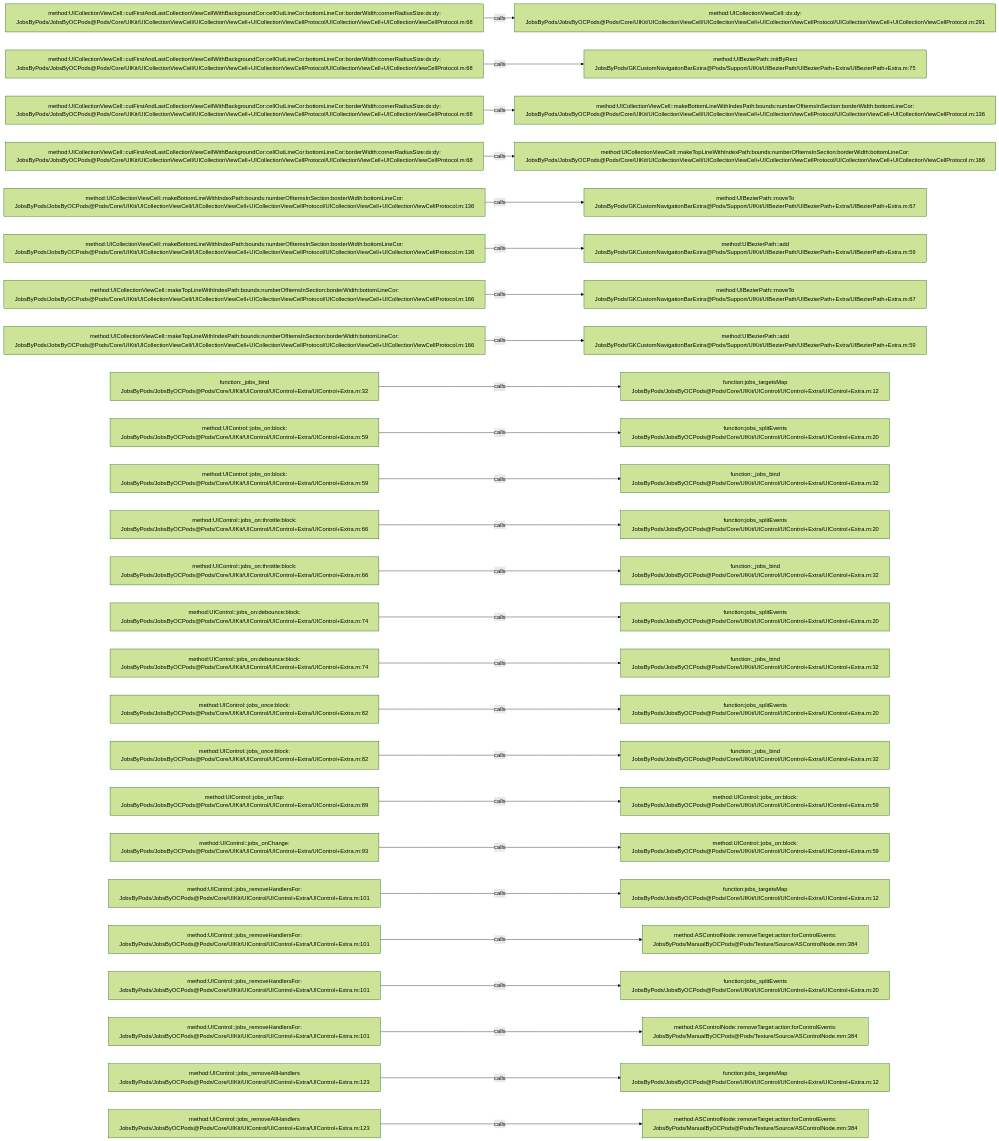
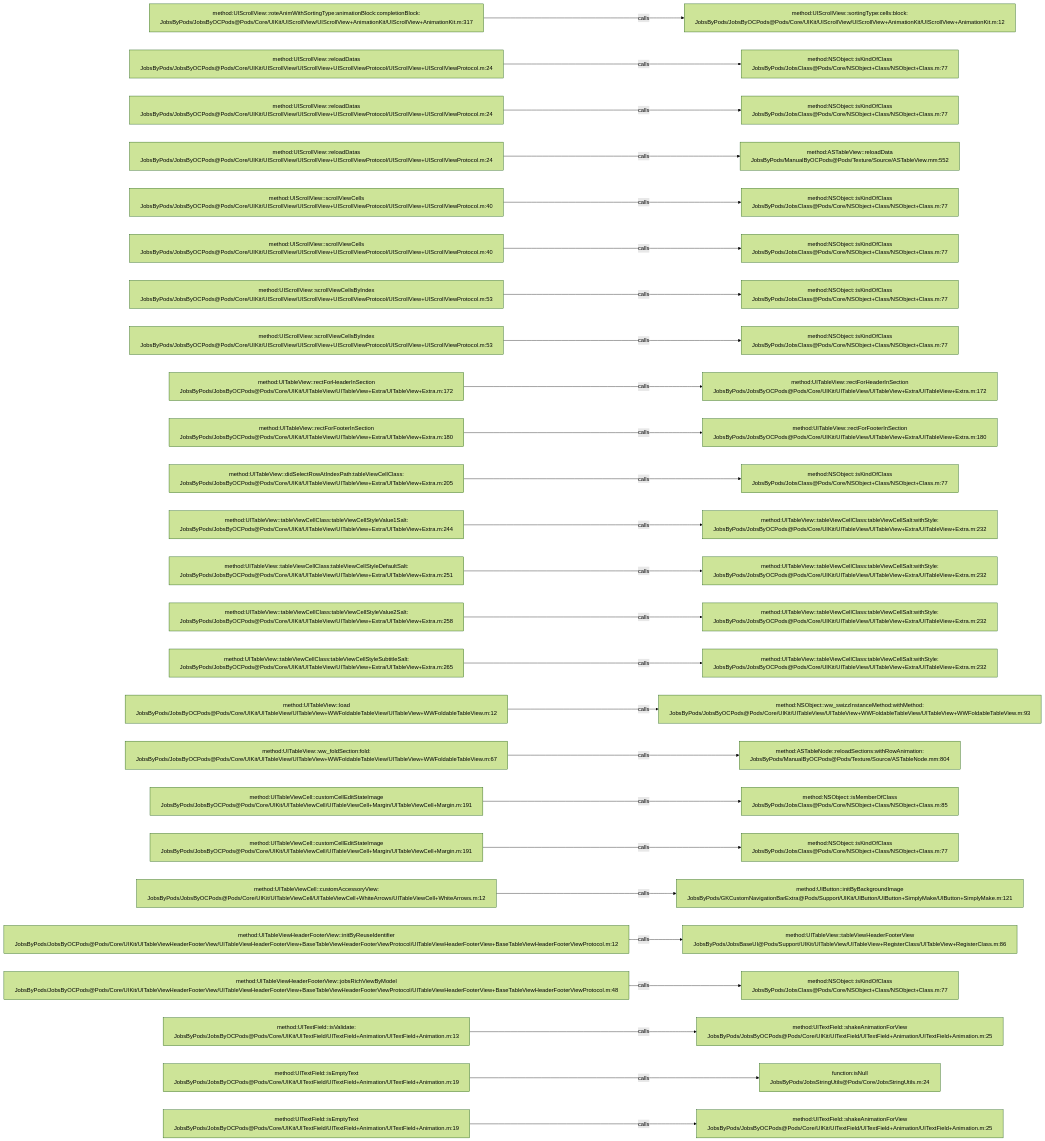
One commit to JobsKits/JobsOCBaseConfigDemo changed the diagram in .codegraph/codegraph.md/graphs/calls-060.md. Above: the diagram before and after it, drawn with Mermaid (forest theme). The commit also changed 639 other files, not shown here.

````diff
--- a/.codegraph/codegraph.md/graphs/calls-060.md
+++ b/.codegraph/codegraph.md/graphs/calls-060.md
@@ -13,78 +13,78 @@
 ```mermaid
 flowchart LR
-  S1["method:UICollectionViewCell::cutFirstAndLastCollectionViewCellWithBackgroundCor:cellOutLineCor:bottomLineCor:borderWidth:cornerRadiusSize:dx:dy:<br/>JobsByPods/JobsByOCPods@Pods/Core/UIKit/UICollectionViewCell/UICollectionViewCell+UICollectionViewCellProtocol/UICollectionViewCell+UICollectionViewCellProtocol.m:68"]
-  T1["method:UICollectionViewCell::dx:dy:<br/>JobsByPods/JobsByOCPods@Pods/Core/UIKit/UICollectionViewCell/UICollectionViewCell+UICollectionViewCellProtocol/UICollectionViewCell+UICollectionViewCellProtocol.m:291"]
+  S1["method:UIScrollView::roteAnimWithSortingType:animationBlock:completionBlock:<br/>JobsByPods/JobsByOCPods@Pods/Core/UIKit/UIScrollView/UIScrollView+AnimationKit/UIScrollView+AnimationKit.m:317"]
+  T1["method:UIScrollView::sortingType:cells:block:<br/>JobsByPods/JobsByOCPods@Pods/Core/UIKit/UIScrollView/UIScrollView+AnimationKit/UIScrollView+AnimationKit.m:12"]
   S1 -->|calls| T1
-  S2["method:UICollectionViewCell::cutFirstAndLastCollectionViewCellWithBackgroundCor:cellOutLineCor:bottomLineCor:borderWidth:cornerRadiusSize:dx:dy:<br/>JobsByPods/JobsByOCPods@Pods/Core/UIKit/UICollectionViewCell/UICollectionViewCell+UICollectionViewCellProtocol/UICollectionViewCell+UICollectionViewCellProtocol.m:68"]
-  T2["method:UIBezierPath::initByRect<br/>JobsByPods/GKCustomNavigationBarExtra@Pods/Support/UIKit/UIBezierPath/UIBezierPath+Extra/UIBezierPath+Extra.m:75"]
+  S2["method:UIScrollView::reloadDatas<br/>JobsByPods/JobsByOCPods@Pods/Core/UIKit/UIScrollView/UIScrollView+UIScrollViewProtocol/UIScrollView+UIScrollViewProtocol.m:24"]
+  T2["method:NSObject::isKindOfClass<br/>JobsByPods/JobsClass@Pods/Core/NSObject+Class/NSObject+Class.m:77"]
   S2 -->|calls| T2
-  S3["method:UICollectionViewCell::cutFirstAndLastCollectionViewCellWithBackgroundCor:cellOutLineCor:bottomLineCor:borderWidth:cornerRadiusSize:dx:dy:<br/>JobsByPods/JobsByOCPods@Pods/Core/UIKit/UICollectionViewCell/UICollectionViewCell+UICollectionViewCellProtocol/UICollectionViewCell+UICollectionViewCellProtocol.m:68"]
-  T3["method:UICollectionViewCell::makeBottomLineWithIndexPath:bounds:numberOfItemsInSection:borderWidth:bottomLineCor:<br/>JobsByPods/JobsByOCPods@Pods/Core/UIKit/UICollectionViewCell/UICollectionViewCell+UICollectionViewCellProtocol/UICollectionViewCell+UICollectionViewCellProtocol.m:136"]
+  S3["method:UIScrollView::reloadDatas<br/>JobsByPods/JobsByOCPods@Pods/Core/UIKit/UIScrollView/UIScrollView+UIScrollViewProtocol/UIScrollView+UIScrollViewProtocol.m:24"]
+  T3["method:NSObject::isKindOfClass<br/>JobsByPods/JobsClass@Pods/Core/NSObject+Class/NSObject+Class.m:77"]
   S3 -->|calls| T3
-  S4["method:UICollectionViewCell::cutFirstAndLastCollectionViewCellWithBackgroundCor:cellOutLineCor:bottomLineCor:borderWidth:cornerRadiusSize:dx:dy:<br/>JobsByPods/JobsByOCPods@Pods/Core/UIKit/UICollectionViewCell/UICollectionViewCell+UICollectionViewCellProtocol/UICollectionViewCell+UICollectionViewCellProtocol.m:68"]
-  T4["method:UICollectionViewCell::makeTopLineWithIndexPath:bounds:numberOfItemsInSection:borderWidth:bottomLineCor:<br/>JobsByPods/JobsByOCPods@Pods/Core/UIKit/UICollectionViewCell/UICollectionViewCell+UICollectionViewCellProtocol/UICollectionViewCell+UICollectionViewCellProtocol.m:166"]
+  S4["method:UIScrollView::reloadDatas<br/>JobsByPods/JobsByOCPods@Pods/Core/UIKit/UIScrollView/UIScrollView+UIScrollViewProtocol/UIScrollView+UIScrollViewProtocol.m:24"]
+  T4["method:ASTableView::reloadData<br/>JobsByPods/ManualByOCPods@Pods/Texture/Source/ASTableView.mm:552"]
   S4 -->|calls| T4
-  S5["method:UICollectionViewCell::makeBottomLineWithIndexPath:bounds:numberOfItemsInSection:borderWidth:bottomLineCor:<br/>JobsByPods/JobsByOCPods@Pods/Core/UIKit/UICollectionViewCell/UICollectionViewCell+UICollectionViewCellProtocol/UICollectionViewCell+UICollectionViewCellProtocol.m:136"]
-  T5["method:UIBezierPath::moveTo<br/>JobsByPods/GKCustomNavigationBarExtra@Pods/Support/UIKit/UIBezierPath/UIBezierPath+Extra/UIBezierPath+Extra.m:67"]
+  S5["method:UIScrollView::scrollViewCells<br/>JobsByPods/JobsByOCPods@Pods/Core/UIKit/UIScrollView/UIScrollView+UIScrollViewProtocol/UIScrollView+UIScrollViewProtocol.m:40"]
+  T5["method:NSObject::isKindOfClass<br/>JobsByPods/JobsClass@Pods/Core/NSObject+Class/NSObject+Class.m:77"]
   S5 -->|calls| T5
-  S6["method:UICollectionViewCell::makeBottomLineWithIndexPath:bounds:numberOfItemsInSection:borderWidth:bottomLineCor:<br/>JobsByPods/JobsByOCPods@Pods/Core/UIKit/UICollectionViewCell/UICollectionViewCell+UICollectionViewCellProtocol/UICollectionViewCell+UICollectionViewCellProtocol.m:136"]
-  T6["method:UIBezierPath::add<br/>JobsByPods/GKCustomNavigationBarExtra@Pods/Support/UIKit/UIBezierPath/UIBezierPath+Extra/UIBezierPath+Extra.m:59"]
+  S6["method:UIScrollView::scrollViewCells<br/>JobsByPods/JobsByOCPods@Pods/Core/UIKit/UIScrollView/UIScrollView+UIScrollViewProtocol/UIScrollView+UIScrollViewProtocol.m:40"]
+  T6["method:NSObject::isKindOfClass<br/>JobsByPods/JobsClass@Pods/Core/NSObject+Class/NSObject+Class.m:77"]
   S6 -->|calls| T6
-  S7["method:UICollectionViewCell::makeTopLineWithIndexPath:bounds:numberOfItemsInSection:borderWidth:bottomLineCor:<br/>JobsByPods/JobsByOCPods@Pods/Core/UIKit/UICollectionViewCell/UICollectionViewCell+UICollectionViewCellProtocol/UICollectionViewCell+UICollectionViewCellProtocol.m:166"]
-  T7["method:UIBezierPath::moveTo<br/>JobsByPods/GKCustomNavigationBarExtra@Pods/Support/UIKit/UIBezierPath/UIBezierPath+Extra/UIBezierPath+Extra.m:67"]
+  S7["method:UIScrollView::scrollViewCellsByIndex<br/>JobsByPods/JobsByOCPods@Pods/Core/UIKit/UIScrollView/UIScrollView+UIScrollViewProtocol/UIScrollView+UIScrollViewProtocol.m:53"]
+  T7["method:NSObject::isKindOfClass<br/>JobsByPods/JobsClass@Pods/Core/NSObject+Class/NSObject+Class.m:77"]
   S7 -->|calls| T7
-  S8["method:UICollectionViewCell::makeTopLineWithIndexPath:bounds:numberOfItemsInSection:borderWidth:bottomLineCor:<br/>JobsByPods/JobsByOCPods@Pods/Core/UIKit/UICollectionViewCell/UICollectionViewCell+UICollectionViewCellProtocol/UICollectionViewCell+UICollectionViewCellProtocol.m:166"]
-  T8["method:UIBezierPath::add<br/>JobsByPods/GKCustomNavigationBarExtra@Pods/Support/UIKit/UIBezierPath/UIBezierPath+Extra/UIBezierPath+Extra.m:59"]
+  S8["method:UIScrollView::scrollViewCellsByIndex<br/>JobsByPods/JobsByOCPods@Pods/Core/UIKit/UIScrollView/UIScrollView+UIScrollViewProtocol/UIScrollView+UIScrollViewProtocol.m:53"]
+  T8["method:NSObject::isKindOfClass<br/>JobsByPods/JobsClass@Pods/Core/NSObject+Class/NSObject+Class.m:77"]
   S8 -->|calls| T8
-  S9["function:_jobs_bind<br/>JobsByPods/JobsByOCPods@Pods/Core/UIKit/UIControl/UIControl+Extra/UIControl+Extra.m:32"]
-  T9["function:jobs_targetsMap<br/>JobsByPods/JobsByOCPods@Pods/Core/UIKit/UIControl/UIControl+Extra/UIControl+Extra.m:12"]
+  S9["method:UITableView::rectForHeaderInSection<br/>JobsByPods/JobsByOCPods@Pods/Core/UIKit/UITableView/UITableView+Extra/UITableView+Extra.m:172"]
+  T9["method:UITableView::rectForHeaderInSection<br/>JobsByPods/JobsByOCPods@Pods/Core/UIKit/UITableView/UITableView+Extra/UITableView+Extra.m:172"]
   S9 -->|calls| T9
-  S10["method:UIControl::jobs_on:block:<br/>JobsByPods/JobsByOCPods@Pods/Core/UIKit/UIControl/UIControl+Extra/UIControl+Extra.m:59"]
-  T10["function:jobs_splitEvents<br/>JobsByPods/JobsByOCPods@Pods/Core/UIKit/UIControl/UIControl+Extra/UIControl+Extra.m:20"]
+  S10["method:UITableView::rectForFooterInSection<br/>JobsByPods/JobsByOCPods@Pods/Core/UIKit/UITableView/UITableView+Extra/UITableView+Extra.m:180"]
+  T10["method:UITableView::rectForFooterInSection<br/>JobsByPods/JobsByOCPods@Pods/Core/UIKit/UITableView/UITableView+Extra/UITableView+Extra.m:180"]
   S10 -->|calls| T10
-  S11["method:UIControl::jobs_on:block:<br/>JobsByPods/JobsByOCPods@Pods/Core/UIKit/UIControl/UIControl+Extra/UIControl+Extra.m:59"]
-  T11["function:_jobs_bind<br/>JobsByPods/JobsByOCPods@Pods/Core/UIKit/UIControl/UIControl+Extra/UIControl+Extra.m:32"]
+  S11["method:UITableView::didSelectRowAtIndexPath:tableViewCellClass:<br/>JobsByPods/JobsByOCPods@Pods/Core/UIKit/UITableView/UITableView+Extra/UITableView+Extra.m:205"]
+  T11["method:NSObject::isKindOfClass<br/>JobsByPods/JobsClass@Pods/Core/NSObject+Class/NSObject+Class.m:77"]
   S11 -->|calls| T11
-  S12["method:UIControl::jobs_on:throttle:block:<br/>JobsByPods/JobsByOCPods@Pods/Core/UIKit/UIControl/UIControl+Extra/UIControl+Extra.m:66"]
-  T12["function:jobs_splitEvents<br/>JobsByPods/JobsByOCPods@Pods/Core/UIKit/UIControl/UIControl+Extra/UIControl+Extra.m:20"]
+  S12["method:UITableView::tableViewCellClass:tableViewCellStyleValue1Salt:<br/>JobsByPods/JobsByOCPods@Pods/Core/UIKit/UITableView/UITableView+Extra/UITableView+Extra.m:244"]
+  T12["method:UITableView::tableViewCellClass:tableViewCellSalt:withStyle:<br/>JobsByPods/JobsByOCPods@Pods/Core/UIKit/UITableView/UITableView+Extra/UITableView+Extra.m:232"]
   S12 -->|calls| T12
-  S13["method:UIControl::jobs_on:throttle:block:<br/>JobsByPods/JobsByOCPods@Pods/Core/UIKit/UIControl/UIControl+Extra/UIControl+Extra.m:66"]
-  T13["function:_jobs_bind<br/>JobsByPods/JobsByOCPods@Pods/Core/UIKit/UIControl/UIControl+Extra/UIControl+Extra.m:32"]
+  S13["method:UITableView::tableViewCellClass:tableViewCellStyleDefaultSalt:<br/>JobsByPods/JobsByOCPods@Pods/Core/UIKit/UITableView/UITableView+Extra/UITableView+Extra.m:251"]
+  T13["method:UITableView::tableViewCellClass:tableViewCellSalt:withStyle:<br/>JobsByPods/JobsByOCPods@Pods/Core/UIKit/UITableView/UITableView+Extra/UITableView+Extra.m:232"]
   S13 -->|calls| T13
-  S14["method:UIControl::jobs_on:debounce:block:<br/>JobsByPods/JobsByOCPods@Pods/Core/UIKit/UIControl/UIControl+Extra/UIControl+Extra.m:74"]
-  T14["function:jobs_splitEvents<br/>JobsByPods/JobsByOCPods@Pods/Core/UIKit/UIControl/UIControl+Extra/UIControl+Extra.m:20"]
+  S14["method:UITableView::tableViewCellClass:tableViewCellStyleValue2Salt:<br/>JobsByPods/JobsByOCPods@Pods/Core/UIKit/UITableView/UITableView+Extra/UITableView+Extra.m:258"]
+  T14["method:UITableView::tableViewCellClass:tableViewCellSalt:withStyle:<br/>JobsByPods/JobsByOCPods@Pods/Core/UIKit/UITableView/UITableView+Extra/UITableView+Extra.m:232"]
   S14 -->|calls| T14
-  S15["method:UIControl::jobs_on:debounce:block:<br/>JobsByPods/JobsByOCPods@Pods/Core/UIKit/UIControl/UIControl+Extra/UIControl+Extra.m:74"]
-  T15["function:_jobs_bind<br/>JobsByPods/JobsByOCPods@Pods/Core/UIKit/UIControl/UIControl+Extra/UIControl+Extra.m:32"]
+  S15["method:UITableView::tableViewCellClass:tableViewCellStyleSubtitleSalt:<br/>JobsByPods/JobsByOCPods@Pods/Core/UIKit/UITableView/UITableView+Extra/UITableView+Extra.m:265"]
+  T15["method:UITableView::tableViewCellClass:tableViewCellSalt:withStyle:<br/>JobsByPods/JobsByOCPods@Pods/Core/UIKit/UITableView/UITableView+Extra/UITableView+Extra.m:232"]
   S15 -->|calls| T15
-  S16["method:UIControl::jobs_once:block:<br/>JobsByPods/JobsByOCPods@Pods/Core/UIKit/UIControl/UIControl+Extra/UIControl+Extra.m:82"]
-  T16["function:jobs_splitEvents<br/>JobsByPods/JobsByOCPods@Pods/Core/UIKit/UIControl/UIControl+Extra/UIControl+Extra.m:20"]
+  S16["method:UITableView::load<br/>JobsByPods/JobsByOCPods@Pods/Core/UIKit/UITableView/UITableView+WWFoldableTableView/UITableView+WWFoldableTableView.m:12"]
+  T16["method:NSObject::ww_swizzInstanceMethod:withMethod:<br/>JobsByPods/JobsByOCPods@Pods/Core/UIKit/UITableView/UITableView+WWFoldableTableView/UITableView+WWFoldableTableView.m:93"]
   S16 -->|calls| T16
-  S17["method:UIControl::jobs_once:block:<br/>JobsByPods/JobsByOCPods@Pods/Core/UIKit/UIControl/UIControl+Extra/UIControl+Extra.m:82"]
-  T17["function:_jobs_bind<br/>JobsByPods/JobsByOCPods@Pods/Core/UIKit/UIControl/UIControl+Extra/UIControl+Extra.m:32"]
+  S17["method:UITableView::ww_foldSection:fold:<br/>JobsByPods/JobsByOCPods@Pods/Core/UIKit/UITableView/UITableView+WWFoldableTableView/UITableView+WWFoldableTableView.m:67"]
+  T17["method:ASTableNode::reloadSections:withRowAnimation:<br/>JobsByPods/ManualByOCPods@Pods/Texture/Source/ASTableNode.mm:804"]
   S17 -->|calls| T17
-  S18["method:UIControl::jobs_onTap:<br/>JobsByPods/JobsByOCPods@Pods/Core/UIKit/UIControl/UIControl+Extra/UIControl+Extra.m:89"]
-  T18["method:UIControl::jobs_on:block:<br/>JobsByPods/JobsByOCPods@Pods/Core/UIKit/UIControl/UIControl+Extra/UIControl+Extra.m:59"]
+  S18["method:UITableViewCell::customCellEditStateImage<br/>JobsByPods/JobsByOCPods@Pods/Core/UIKit/UITableViewCell/UITableViewCell+Margin/UITableViewCell+Margin.m:191"]
+  T18["method:NSObject::isMemberOfClass<br/>JobsByPods/JobsClass@Pods/Core/NSObject+Class/NSObject+Class.m:85"]
   S18 -->|calls| T18
-  S19["method:UIControl::jobs_onChange:<br/>JobsByPods/JobsByOCPods@Pods/Core/UIKit/UIControl/UIControl+Extra/UIControl+Extra.m:93"]
-  T19["method:UIControl::jobs_on:block:<br/>JobsByPods/JobsByOCPods@Pods/Core/UIKit/UIControl/UIControl+Extra/UIControl+Extra.m:59"]
+  S19["method:UITableViewCell::customCellEditStateImage<br/>JobsByPods/JobsByOCPods@Pods/Core/UIKit/UITableViewCell/UITableViewCell+Margin/UITableViewCell+Margin.m:191"]
+  T19["method:NSObject::isKindOfClass<br/>JobsByPods/JobsClass@Pods/Core/NSObject+Class/NSObject+Class.m:77"]
   S19 -->|calls| T19
-  S20["method:UIControl::jobs_removeHandlersFor:<br/>JobsByPods/JobsByOCPods@Pods/Core/UIKit/UIControl/UIControl+Extra/UIControl+Extra.m:101"]
-  T20["function:jobs_targetsMap<br/>JobsByPods/JobsByOCPods@Pods/Core/UIKit/UIControl/UIControl+Extra/UIControl+Extra.m:12"]
+  S20["method:UITableViewCell::customAccessoryView:<br/>JobsByPods/JobsByOCPods@Pods/Core/UIKit/UITableViewCell/UITableViewCell+WhiteArrows/UITableViewCell+WhiteArrows.m:12"]
+  T20["method:UIButton::initByBackgroundImage<br/>JobsByPods/GKCustomNavigationBarExtra@Pods/Support/UIKit/UIButton/UIButton+SimplyMake/UIButton+SimplyMake.m:121"]
   S20 -->|calls| T20
-  S21["method:UIControl::jobs_removeHandlersFor:<br/>JobsByPods/JobsByOCPods@Pods/Core/UIKit/UIControl/UIControl+Extra/UIControl+Extra.m:101"]
-  T21["method:ASControlNode::removeTarget:action:forControlEvents:<br/>JobsByPods/ManualByOCPods@Pods/Texture/Source/ASControlNode.mm:384"]
+  S21["method:UITableViewHeaderFooterView::initByReuseIdentifier<br/>JobsByPods/JobsByOCPods@Pods/Core/UIKit/UITableViewHeaderFooterView/UITableViewHeaderFooterView+BaseTableViewHeaderFooterViewProtocol/UITableViewHeaderFooterView+BaseTableViewHeaderFooterViewProtocol.m:12"]
+  T21["method:UITableView::tableViewHeaderFooterView<br/>JobsByPods/JobsBaseUI@Pods/Support/UIKit/UITableView/UITableView+RegisterClass/UITableView+RegisterClass.m:86"]
   S21 -->|calls| T21
-  S22["method:UIControl::jobs_removeHandlersFor:<br/>JobsByPods/JobsByOCPods@Pods/Core/UIKit/UIControl/UIControl+Extra/UIControl+Extra.m:101"]
-  T22["function:jobs_splitEvents<br/>JobsByPods/JobsByOCPods@Pods/Core/UIKit/UIControl/UIControl+Extra/UIControl+Extra.m:20"]
+  S22["method:UITableViewHeaderFooterView::jobsRichViewByModel<br/>JobsByPods/JobsByOCPods@Pods/Core/UIKit/UITableViewHeaderFooterView/UITableViewHeaderFooterView+BaseTableViewHeaderFooterViewProtocol/UITableViewHeaderFooterView+BaseTableViewHeaderFooterViewProtocol.m:48"]
+  T22["method:NSObject::isKindOfClass<br/>JobsByPods/JobsClass@Pods/Core/NSObject+Class/NSObject+Class.m:77"]
   S22 -->|calls| T22
-  S23["method:UIControl::jobs_removeHandlersFor:<br/>JobsByPods/JobsByOCPods@Pods/Core/UIKit/UIControl/UIControl+Extra/UIControl+Extra.m:101"]
-  T23["method:ASControlNode::removeTarget:action:forControlEvents:<br/>JobsByPods/ManualByOCPods@Pods/Texture/Source/ASControlNode.mm:384"]
+  S23["method:UITextField::isValidate:<br/>JobsByPods/JobsByOCPods@Pods/Core/UIKit/UITextField/UITextField+Animation/UITextField+Animation.m:13"]
+  T23["method:UITextField::shakeAnimationForView<br/>JobsByPods/JobsByOCPods@Pods/Core/UIKit/UITextField/UITextField+Animation/UITextField+Animation.m:25"]
   S23 -->|calls| T23
-  S24["method:UIControl::jobs_removeAllHandlers<br/>JobsByPods/JobsByOCPods@Pods/Core/UIKit/UIControl/UIControl+Extra/UIControl+Extra.m:123"]
-  T24["function:jobs_targetsMap<br/>JobsByPods/JobsByOCPods@Pods/Core/UIKit/UIControl/UIControl+Extra/UIControl+Extra.m:12"]
+  S24["method:UITextField::isEmptyText<br/>JobsByPods/JobsByOCPods@Pods/Core/UIKit/UITextField/UITextField+Animation/UITextField+Animation.m:19"]
+  T24["function:isNull<br/>JobsByPods/JobsStringUtils@Pods/Core/JobsStringUtils.m:24"]
   S24 -->|calls| T24
-  S25["method:UIControl::jobs_removeAllHandlers<br/>JobsByPods/JobsByOCPods@Pods/Core/UIKit/UIControl/UIControl+Extra/UIControl+Extra.m:123"]
-  T25["method:ASControlNode::removeTarget:action:forControlEvents:<br/>JobsByPods/ManualByOCPods@Pods/Texture/Source/ASControlNode.mm:384"]
+  S25["method:UITextField::isEmptyText<br/>JobsByPods/JobsByOCPods@Pods/Core/UIKit/UITextField/UITextField+Animation/UITextField+Animation.m:19"]
+  T25["method:UITextField::shakeAnimationForView<br/>JobsByPods/JobsByOCPods@Pods/Core/UIKit/UITextField/UITextField+Animation/UITextField+Animation.m:25"]
   S25 -->|calls| T25
 ```
````
